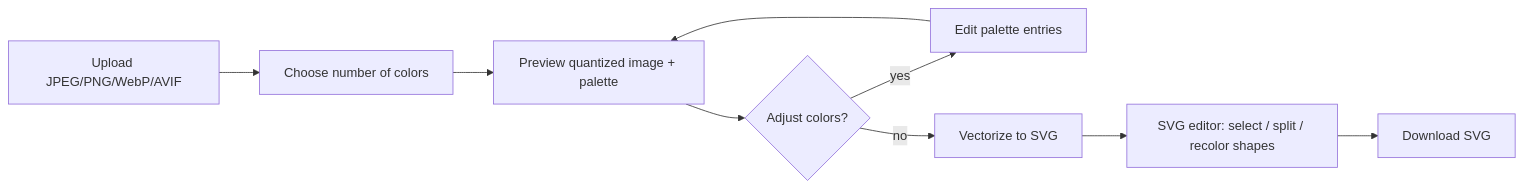
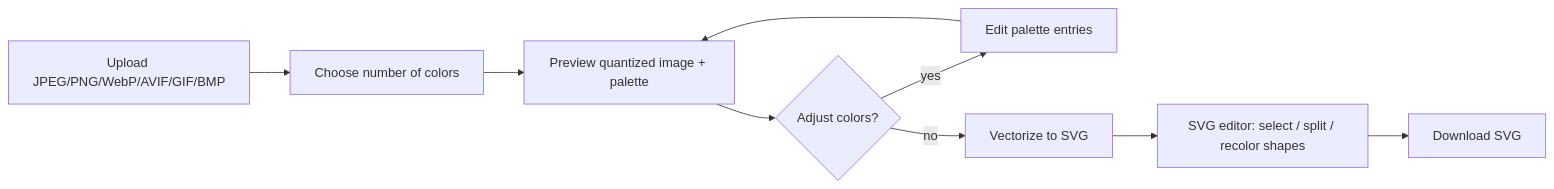
Before and after one commit to KDubicki/vector-snap: the diagram in docs/01-overview.md, drawn with Mermaid. The commit also changed other lines of this file and 19 other files, not shown here.

First line of the commit message:
feat: read gif, bmp and tiff images

````diff
--- a/docs/01-overview.md
+++ b/docs/01-overview.md
@@ -31,10 +31,10 @@
 ```mermaid
 flowchart LR
-    A[Upload JPEG/PNG/WebP/AVIF] --> B[Choose number of colors]
+    A[Upload JPEG/PNG/WebP/AVIF/GIF/BMP] --> B[Choose number of colors]
     B --> C[Preview quantized image + palette]
     C --> D{Adjust colors?}
     D -- yes --> E[Edit palette entries] --> C
     D -- no --> F[Vectorize to SVG]
     F --> G[SVG editor: select / split / recolor shapes]
     G --> H[Download SVG]
 ```
````
